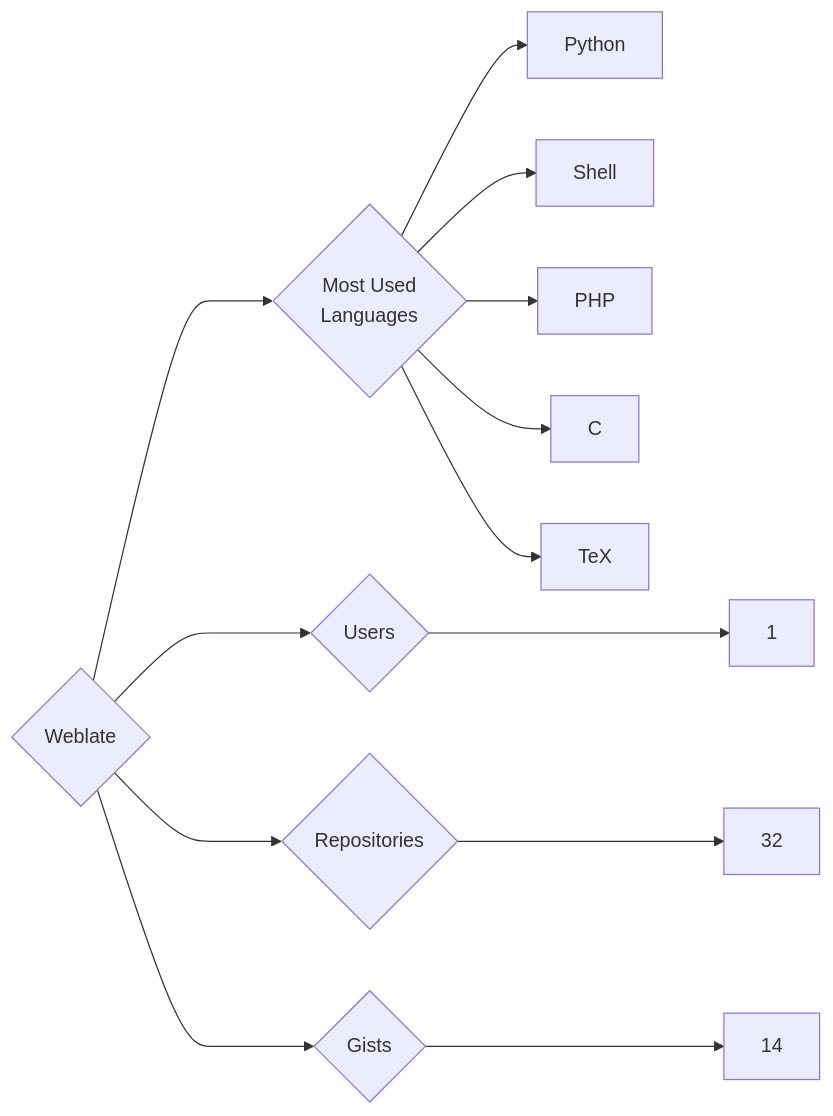
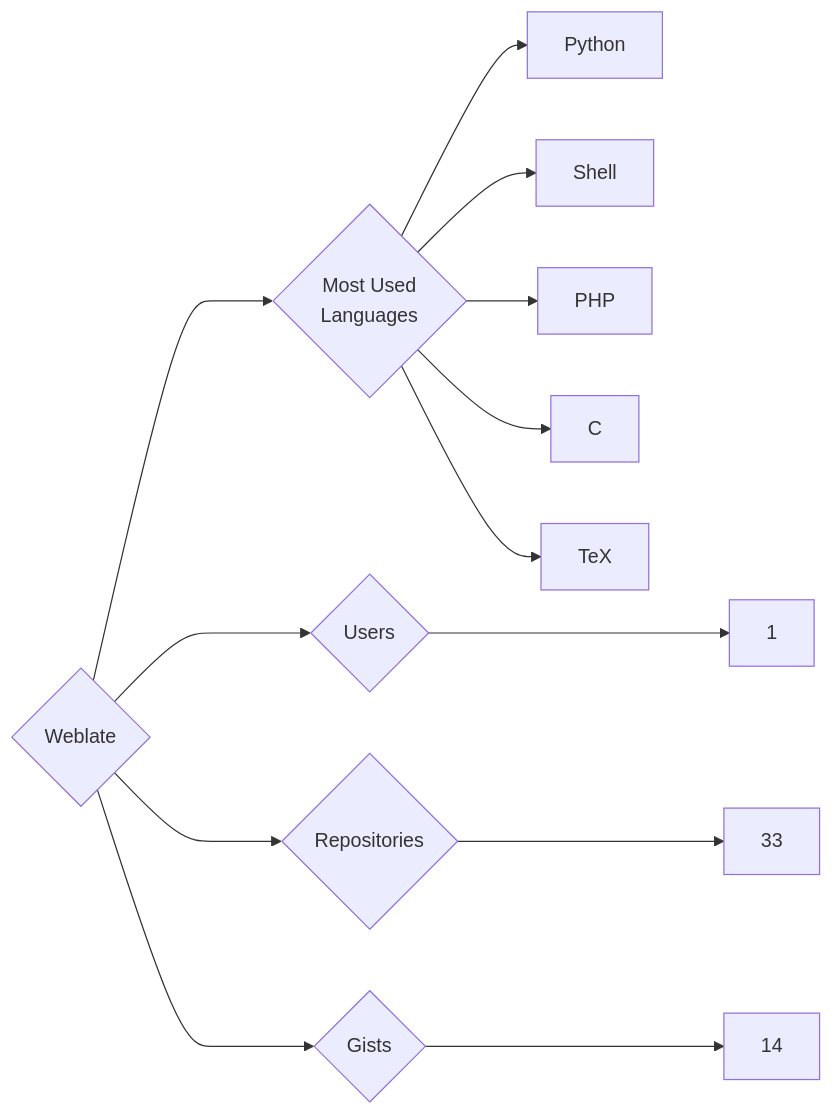
The diagram in targets/Weblate/README.md (trickest/insiders), drawn with Mermaid before and after one commit. The commit also changed 948 other files, not shown here.

````diff
--- a/targets/Weblate/README.md
+++ b/targets/Weblate/README.md
@@ -3,13 +3,13 @@
 ```mermaid
 graph LR
 COMPANY_NAME{Weblate}
 COMPANY_NAME ---> U{Users} ---> UN[1]
-COMPANY_NAME ---> R{Repositories} ---> RN[32]
+COMPANY_NAME ---> R{Repositories} ---> RN[33]
 COMPANY_NAME ---> G{Gists} ---> GN[14]
 COMPANY_NAME ---> ML{Most Used<br>Languages}
 ML --> Python[Python]
 ML --> Shell[Shell]
 ML --> PHP[PHP]
 ML --> C[C]
 ML --> TeX[TeX]
 ```
````
